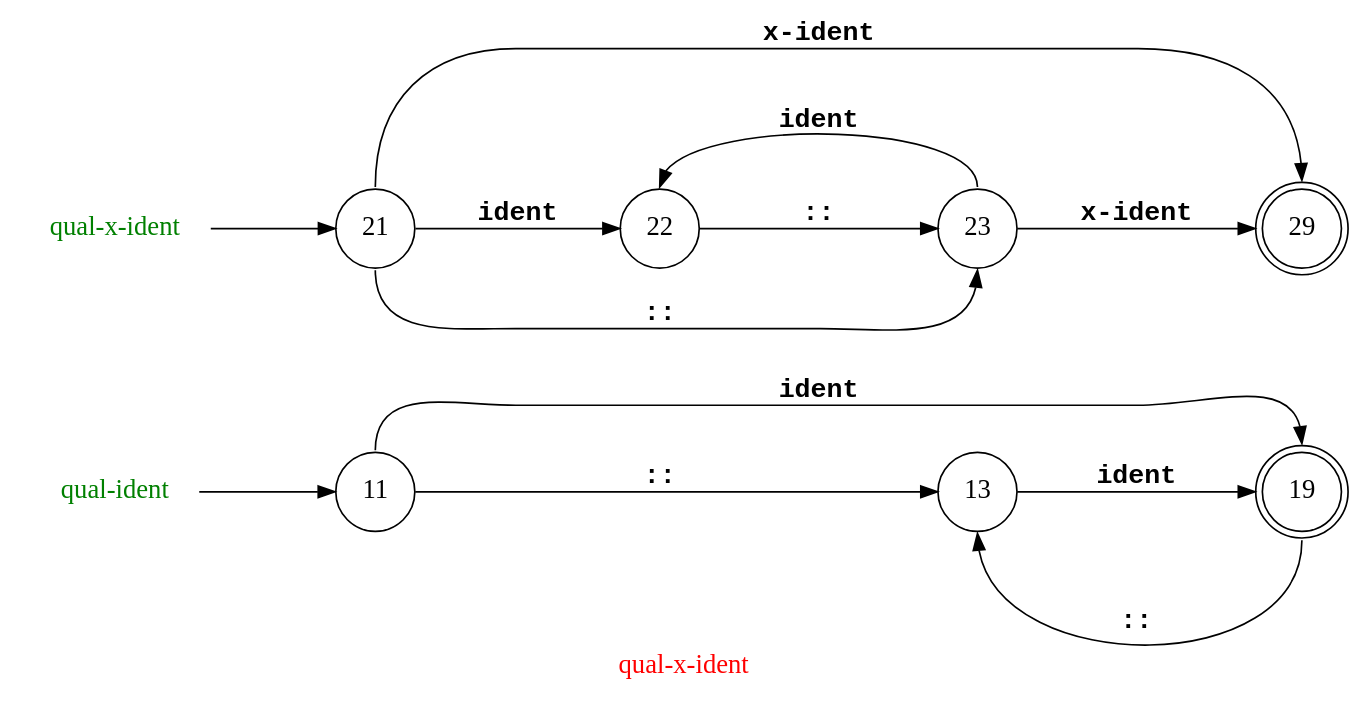
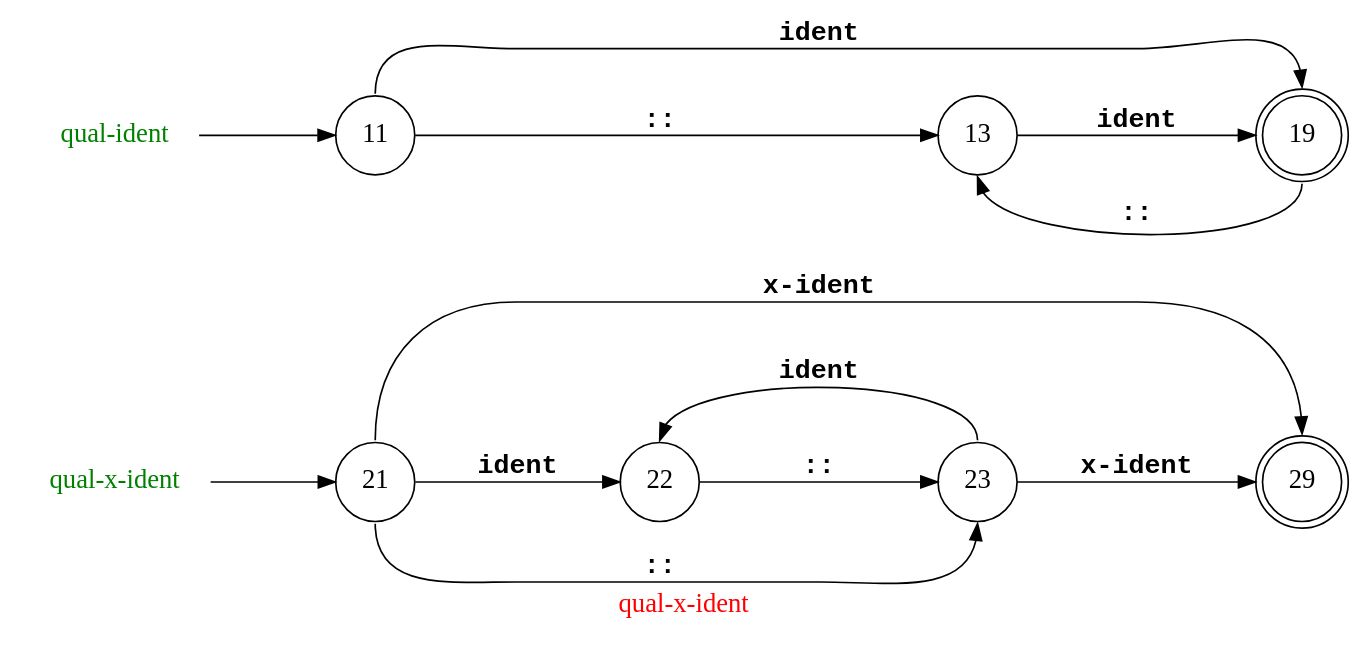
One commit to Ayyzee/dakota changed the diagram in doc/qual-x-ident-grammar-fsm.dot. Above: the diagram before and after it, drawn with Graphviz.

Commit message:
Reordered to make presentation simpler to more complex.

```diff
--- a/doc/qual-x-ident-grammar-fsm.dot
+++ b/doc/qual-x-ident-grammar-fsm.dot
@@ -1,53 +1,54 @@
 // Copyright (C) 2007 - 2015 Robert Nielsen <robert@dakota.org>
 //
 // Licensed under the Apache License, Version 2.0 (the "License");
 // you may not use this file except in compliance with the License.
 // You may obtain a copy of the License at
 //
 //      http://www.apache.org/licenses/LICENSE-2.0
 //
 // Unless required by applicable law or agreed to in writing, software
 // distributed under the License is distributed on an "AS IS" BASIS,
 // WITHOUT WARRANTIES OR CONDITIONS OF ANY KIND, either express or implied.
 // See the License for the specific language governing permissions and
 // limitations under the License.
 
 digraph "qual-x-ident"
 {
   graph [ label = "\G", fontcolor = red, fontsize = 16,
           rankdir = LR,
           center = true,
           //size = "7.5,10", page = "8.5,11",
           ];
   node [ shape = circle, width = 0.6, fontsize = 16 ];
   //node [ label = "", width = 0.3 ]; // comment out this line if you want the node names displayed
 
   // on OS X/darwin it wants Courier-Bold and Courier-Oblique
   edge [ fontname = "Courier-Bold", minlen = 2, fontsize = 16 ];
 
-  10 -> 11;
-  10 [ label = "qual-ident", shape = none, fontcolor = green ];
-  11 -> 13 [ label = "::" , weight = 4 ];
-  11 -> 19 [ label = "ident", tailport = n, headport = n ];
-  13 -> 19 [ label = "ident", weight = 4 ];
-  19 -> 13 [ label = "::", tailport = s, headport = s ];
-  19 [ shape = doublecircle ];
   20 -> 21;
   20 [ label = "qual-x-ident", shape = none, fontcolor = green ];
   21 -> 22 [ label = "ident", weight = 4 ];
   21 -> 23 [ label = "::", tailport = s, headport = s ];
   21 -> 29 [ label = "x-ident", tailport = n, headport = n ];
   22 -> 23 [ label = "::", weight = 4 ];
   23 -> 22 [ label = "ident", tailport = n, headport = n ];
   23 -> 29 [ label = "x-ident", weight = 4 ];
   29 [ shape = doublecircle ];
   
+  10 -> 11;
+  10 [ label = "qual-ident", shape = none, fontcolor = green ];
+  11 -> 13 [ label = "::" , weight = 4 ];
+  11 -> 19 [ label = "ident", tailport = n, headport = n ];
+  13 -> 19 [ label = "ident", weight = 4 ];
+  19 -> 13 [ label = "::", tailport = s, headport = s ];
+  19 [ shape = doublecircle ];
+
   subgraph { rank = same; 11; 21 }
   subgraph { rank = same; 19; 29 }
 
   subgraph { rank = source; 10; }
   subgraph { rank = sink;   19; }
 
   subgraph { rank = source; 20; }
   subgraph { rank = sink;   29; }
 }
```
